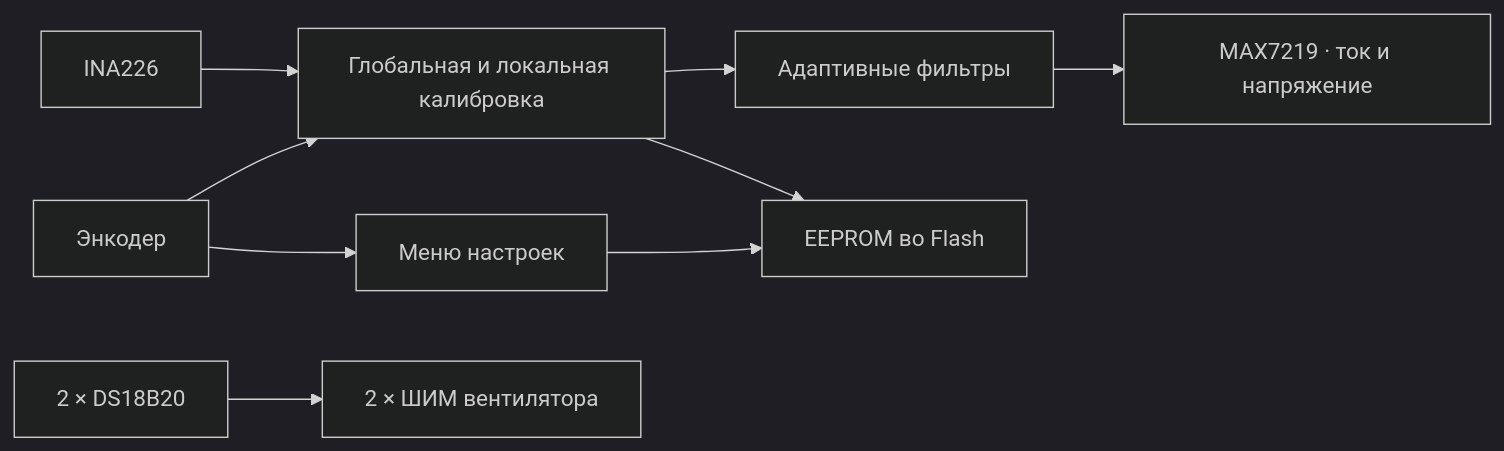
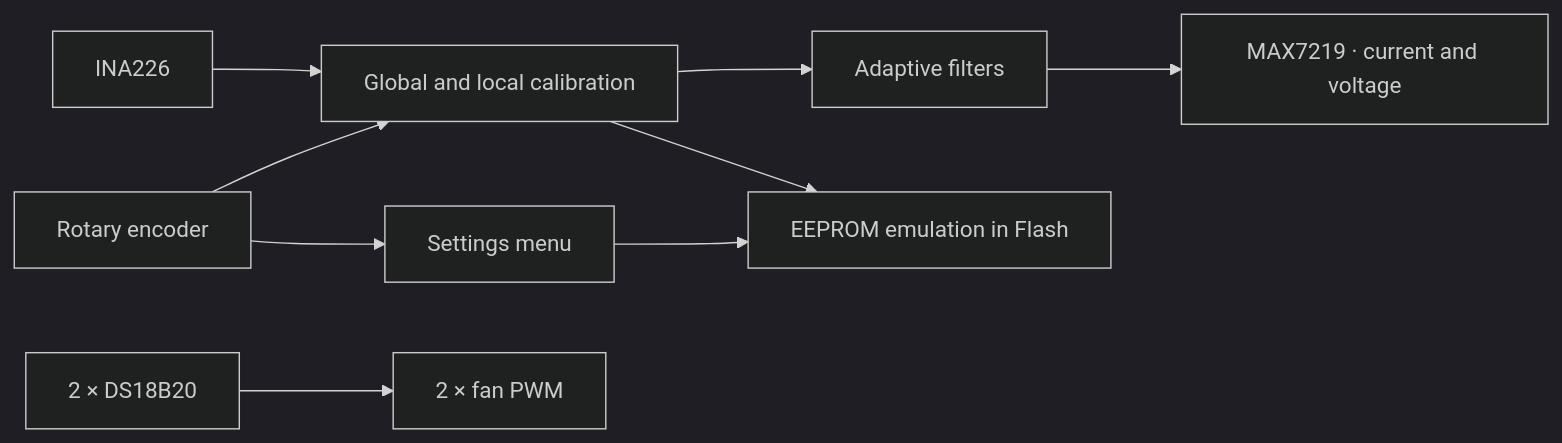
Before and after one commit to Spectrum-Man85/VAW_metr_stm32_max7219_-ps-305d-: the diagram in README.md, drawn with Mermaid (dark theme). The commit also changed other lines of this file and 11 other files, not shown here.

````diff
--- a/README.md
+++ b/README.md
@@ -141,11 +143,11 @@
 ```mermaid
 flowchart LR
-    INA[INA226] --> CAL[Глобальная и локальная калибровка]
-    CAL --> FILTER[Адаптивные фильтры]
-    FILTER --> MAX[MAX7219 · ток и напряжение]
-    ENC[Энкодер] --> CAL
-    ENC --> MENU[Меню настроек]
-    MENU --> MEM[EEPROM во Flash]
+    INA[INA226] --> CAL[Global and local calibration]
+    CAL --> FILTER[Adaptive filters]
+    FILTER --> MAX[MAX7219 · current and voltage]
+    ENC[Rotary encoder] --> CAL
+    ENC --> MENU[Settings menu]
+    MENU --> MEM[EEPROM emulation in Flash]
     CAL --> MEM
-    TEMP[2 × DS18B20] --> FAN[2 × ШИМ вентилятора]
+    TEMP[2 × DS18B20] --> FAN[2 × fan PWM]
 ```
````
